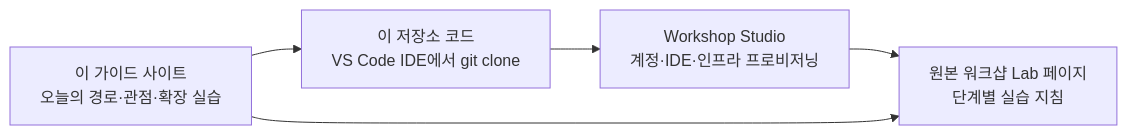
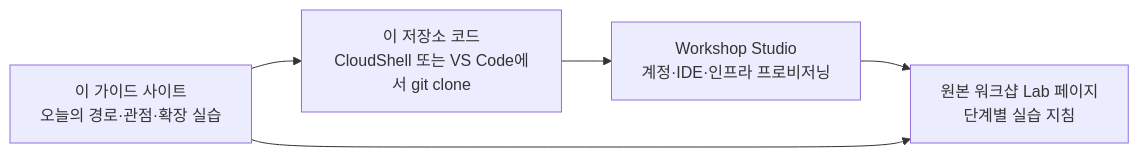
The diagram in docs/index.md (hsr87/devops-agent-workshop-kr), drawn with Mermaid before and after one commit. The commit also changed other lines of this file and 19 other files, not shown here.

First line of the commit message:
Support console + CloudShell alongside the VS Code IDE

````diff
--- a/docs/index.md
+++ b/docs/index.md
@@ -17,7 +17,7 @@
 ```mermaid
 flowchart LR
   A[Workshop Studio<br/>계정·IDE·인프라 프로비저닝] --> B[원본 워크샵 Lab 페이지<br/>단계별 실습 지침]
   C[이 가이드 사이트<br/>오늘의 경로·관점·확장 실습] --> B
-  C --> D[이 저장소 코드<br/>VS Code IDE에서 git clone]
+  C --> D[이 저장소 코드<br/>CloudShell 또는 VS Code에서 git clone]
   D --> A
 ```
````
